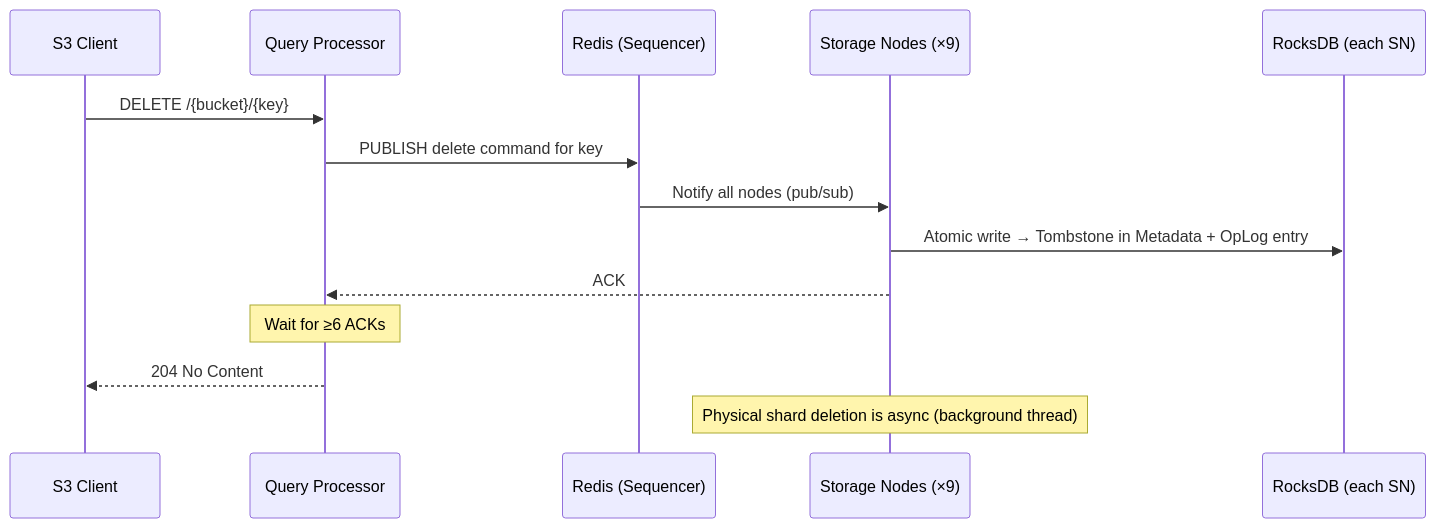
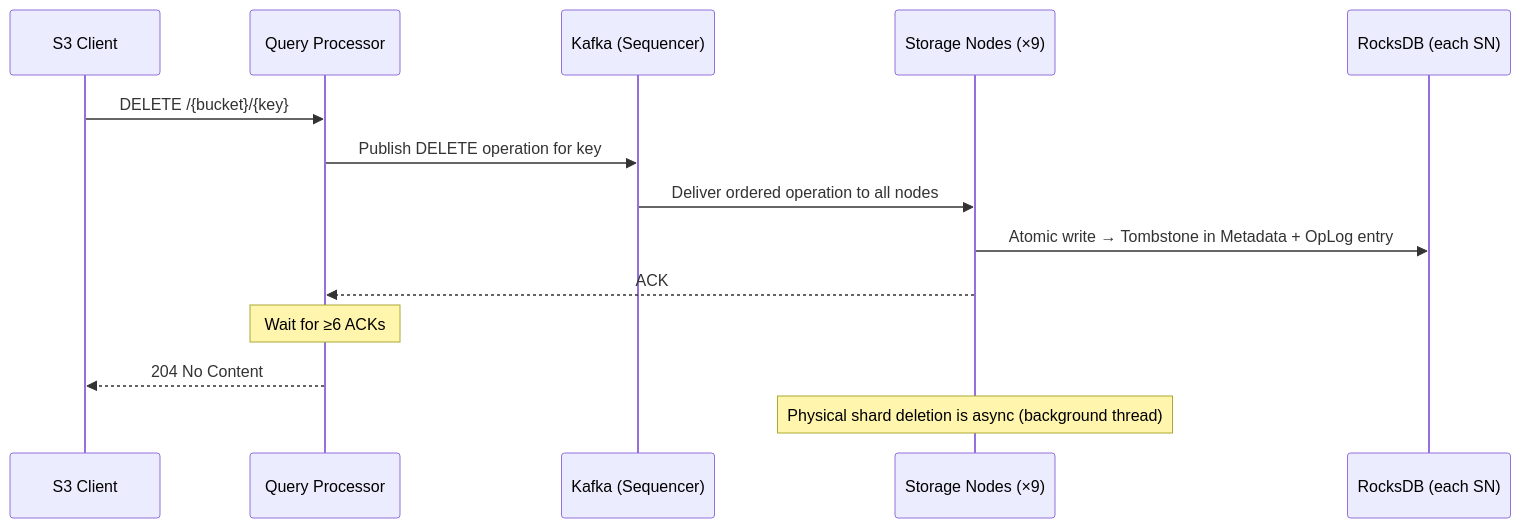
The sixth of 16 diagrams in docs/workflow.md (S26-Distributed-Capstone/Koop), drawn with Mermaid before and after one commit. The commit also changed other lines of this file, not shown here.

Commit message:
Update workflow documentation to reflect Kafka integration as the sequencer for operations

````diff
--- a/docs/workflow.md
+++ b/docs/workflow.md
@@ -186,18 +185,18 @@
 ```mermaid
 sequenceDiagram
     participant C as S3 Client
     participant QP as Query Processor
-    participant Redis as Redis (Sequencer)
+    participant Kafka as Kafka (Sequencer)
     participant SN as Storage Nodes (×9)
     participant RDB as RocksDB (each SN)
 
     C->>QP: DELETE /{bucket}/{key}
-    QP->>Redis: PUBLISH delete command for key
-    Redis->>SN: Notify all nodes (pub/sub)
+    QP->>Kafka: Publish DELETE operation for key
+    Kafka->>SN: Deliver ordered operation to all nodes
     SN->>RDB: Atomic write → Tombstone in Metadata + OpLog entry
     SN-->>QP: ACK
     Note over QP: Wait for ≥6 ACKs
     QP-->>C: 204 No Content
 
     Note over SN: Physical shard deletion is async (background thread)
 ```
````
